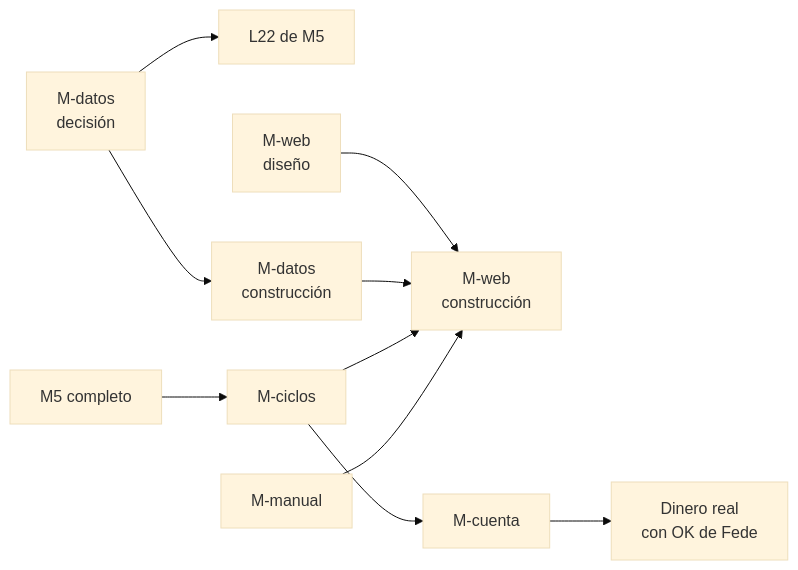
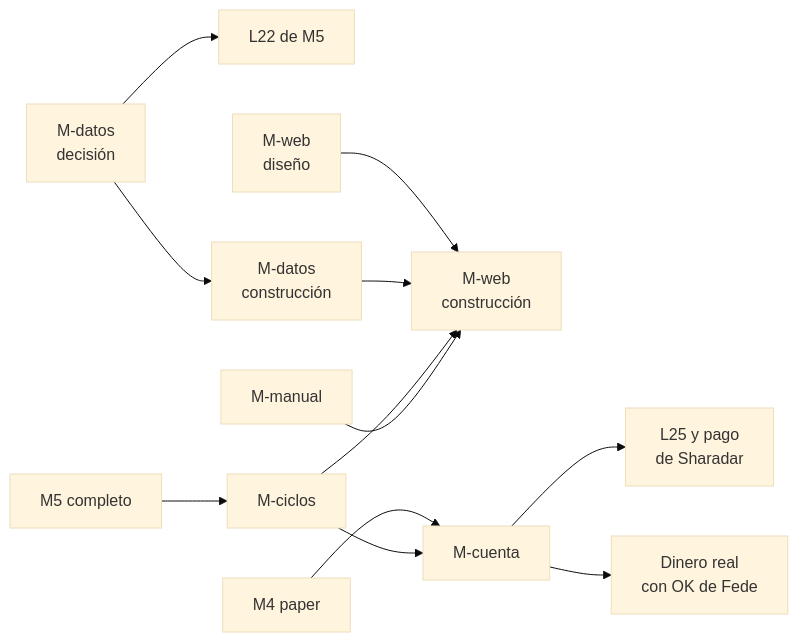
Before and after one commit to fscheu/QuantAgent: the diagram in docs/02_planning/2026-10-28_roadmap_post_m5.md, drawn with Mermaid (base theme). The commit also changed other lines of this file, not shown here.

Commit message:
docs(planning): aplica los 8 cambios de la revisión crítica al roadmap post-M5

````diff
--- a/docs/02_planning/2026-10-28_roadmap_post_m5.md
+++ b/docs/02_planning/2026-10-28_roadmap_post_m5.md
@@ -416,12 +436,14 @@
 ```mermaid
 flowchart LR
   MD[M-datos<br/>decisión] --> L22[L22 de M5]
   MD --> MDc[M-datos<br/>construcción]
   WD[M-web<br/>diseño] --> WC[M-web<br/>construcción]
   MDc --> WC
+  M4[M4 paper] --> MK[M-cuenta]
+  MK --> L25[L25 y pago<br/>de Sharadar]
   M5[M5 completo] --> MC[M-ciclos]
-  MC --> MK[M-cuenta]
+  MC --> MK
   MC --> WC
   MK --> LIVE[Dinero real<br/>con OK de Fede]
   MM[M-manual] --> WC
 ```
````
